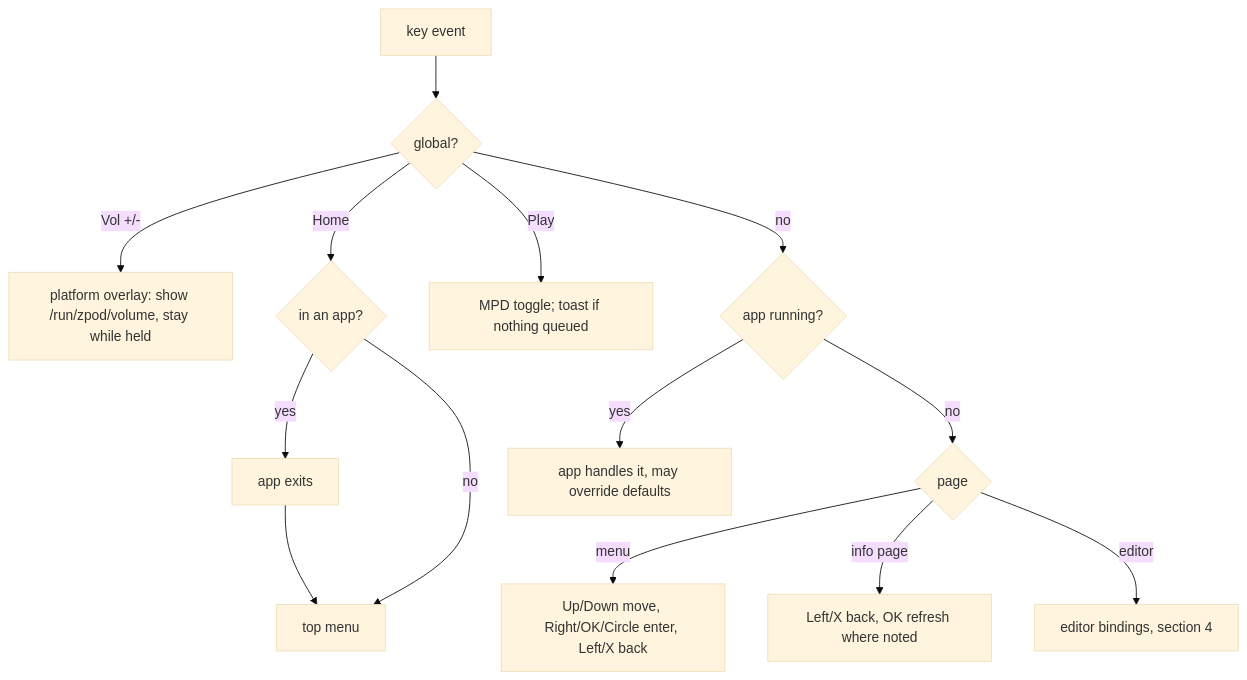
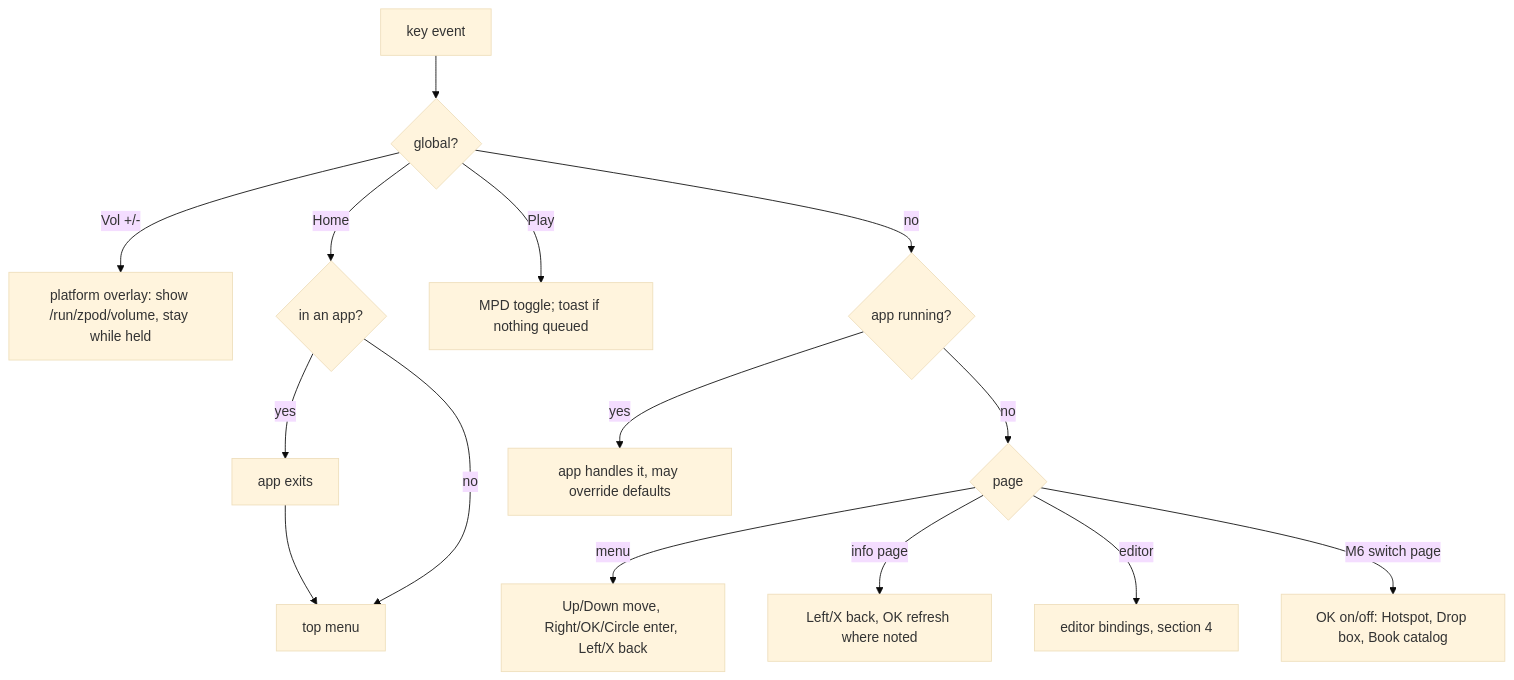
The second of 3 diagrams in docs/ui/BUTTONS-AND-MENUS.md (nymble/zpod), drawn with Mermaid (base theme) before and after one commit. The commit also changed other lines of this file and 39 other files, not shown here.

First line of the commit message:
M6: Battery page + logger, Wi-Fi tools, hotspot, drop box + OPDS (off by default), boot notice, boot trims

````diff
--- a/docs/ui/BUTTONS-AND-MENUS.md
+++ b/docs/ui/BUTTONS-AND-MENUS.md
@@ -72,15 +72,16 @@
 ```mermaid
 flowchart TD
     K[key event] --> G{global?}
     G -- Vol +/- --> O[platform overlay: show /run/zpod/volume, stay while held]
     G -- Home --> H{in an app?}
     H -- yes --> X[app exits] --> T[top menu]
     H -- no --> T
     G -- Play --> P[MPD toggle; toast if nothing queued]
     G -- no --> A{app running?}
     A -- yes --> AP[app handles it, may override defaults]
     A -- no --> M{page}
     M -- menu --> N[Up/Down move, Right/OK/Circle enter, Left/X back]
     M -- info page --> I[Left/X back, OK refresh where noted]
     M -- editor --> E[editor bindings, section 4]
+    M -- M6 switch page --> SW[OK on/off: Hotspot, Drop box, Book catalog]
 ```
````
